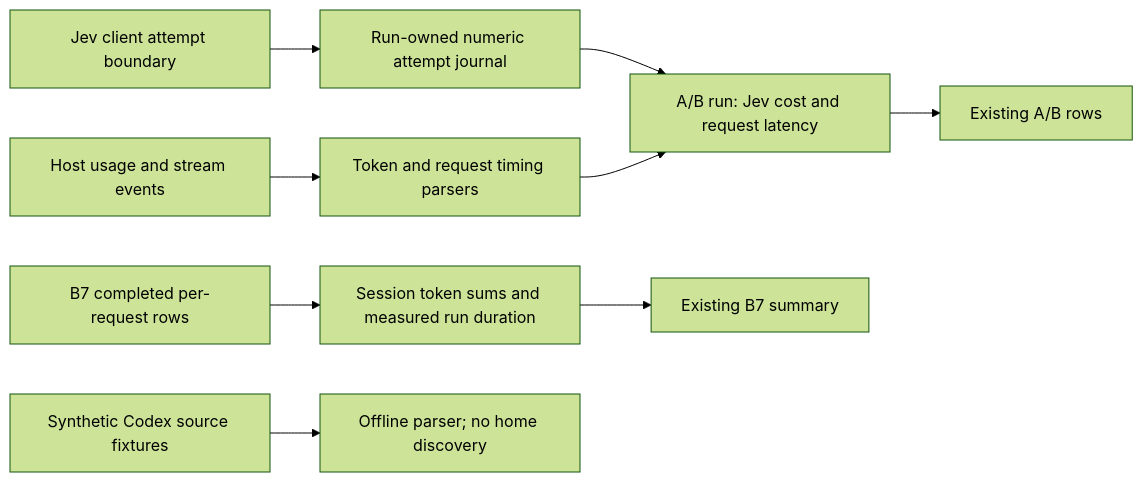
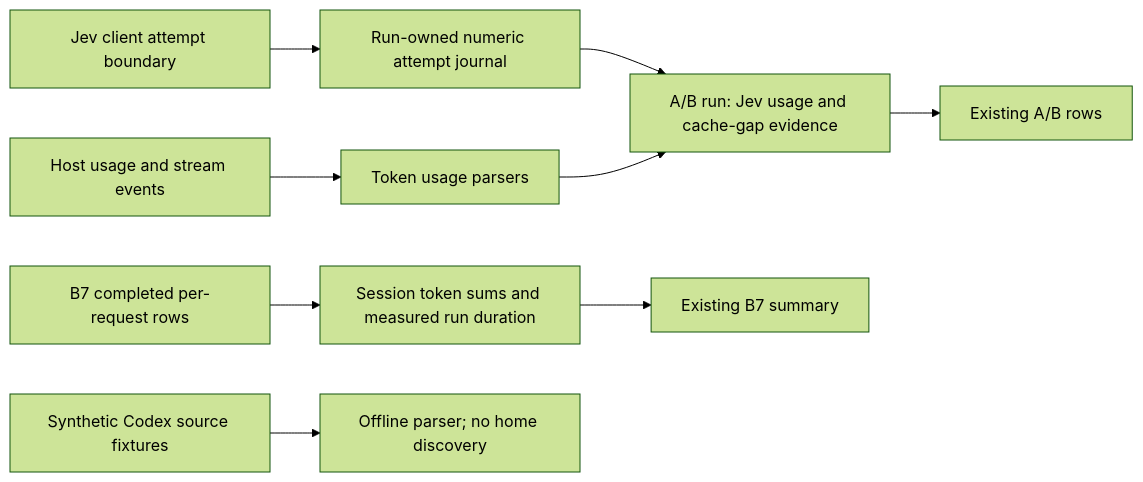
One commit to erik-hedstrom/loadout changed the diagram in docs/loop/F2-CAPTURE.md. Above: the diagram before and after it, drawn with Mermaid (forest theme). The commit also changed other lines of this file and 17 other files, not shown here.

````diff
--- a/docs/loop/F2-CAPTURE.md
+++ b/docs/loop/F2-CAPTURE.md
@@ -6,11 +6,11 @@
 ```mermaid
 flowchart LR
   jev["Jev client attempt boundary"] --> numeric["Run-owned numeric attempt journal"]
-  host["Host usage and stream events"] --> normalize["Token and request timing parsers"]
-  numeric --> ab["A/B run: Jev cost and request latency"]
+  host["Host usage and stream events"] --> normalize["Token usage parsers"]
+  numeric --> ab["A/B run: Jev usage and cache-gap evidence"]
   normalize --> ab
   b7["B7 completed per-request rows"] --> rollup["Session token sums and measured run duration"]
   rollup --> report["Existing B7 summary"]
   ab --> rows["Existing A/B rows"]
   fixtures["Synthetic Codex source fixtures"] --> parser["Offline parser; no home discovery"]
 ```
````
